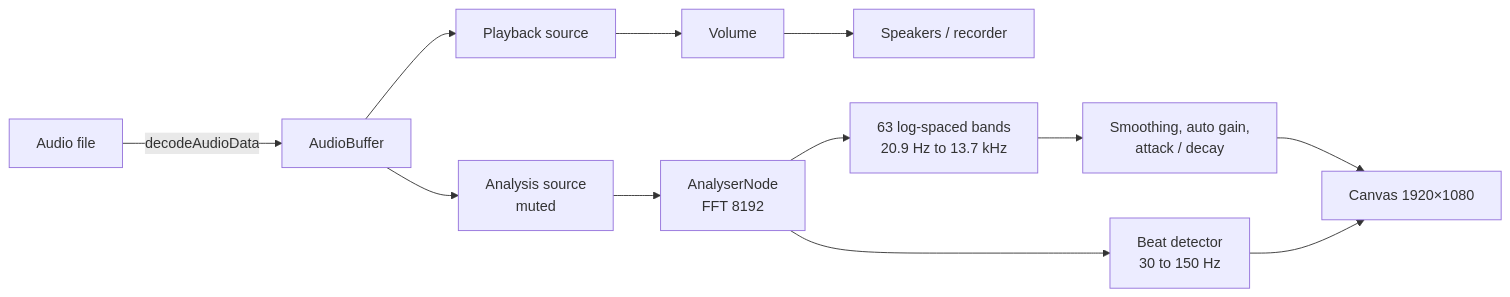
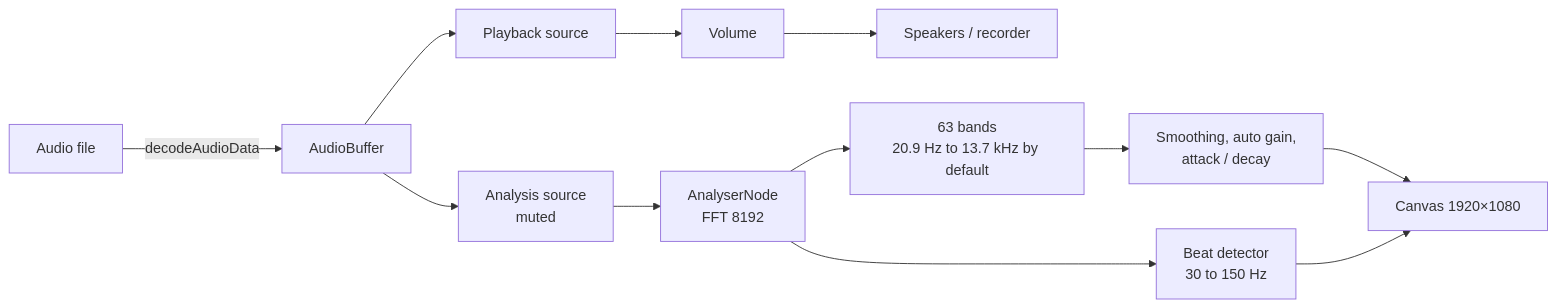
The diagram in README.md (NinTobias/nebulaviz), drawn with Mermaid before and after one commit. The commit also changed other lines of this file, not shown here.

````diff
--- a/README.md
+++ b/README.md
@@ -208,11 +232,11 @@
 ```mermaid
 flowchart LR
     A[Audio file] -->|decodeAudioData| B[AudioBuffer]
     B --> C[Playback source] --> D[Volume] --> E[Speakers / recorder]
     B --> F[Analysis source<br/>muted] --> G[AnalyserNode<br/>FFT 8192]
-    G --> H[63 log-spaced bands<br/>20.9 Hz to 13.7 kHz]
+    G --> H[63 bands<br/>20.9 Hz to 13.7 kHz by default]
     H --> I[Smoothing, auto gain,<br/>attack / decay]
     I --> J[Canvas 1920×1080]
     G --> K[Beat detector<br/>30 to 150 Hz]
     K --> J
 ```
````
